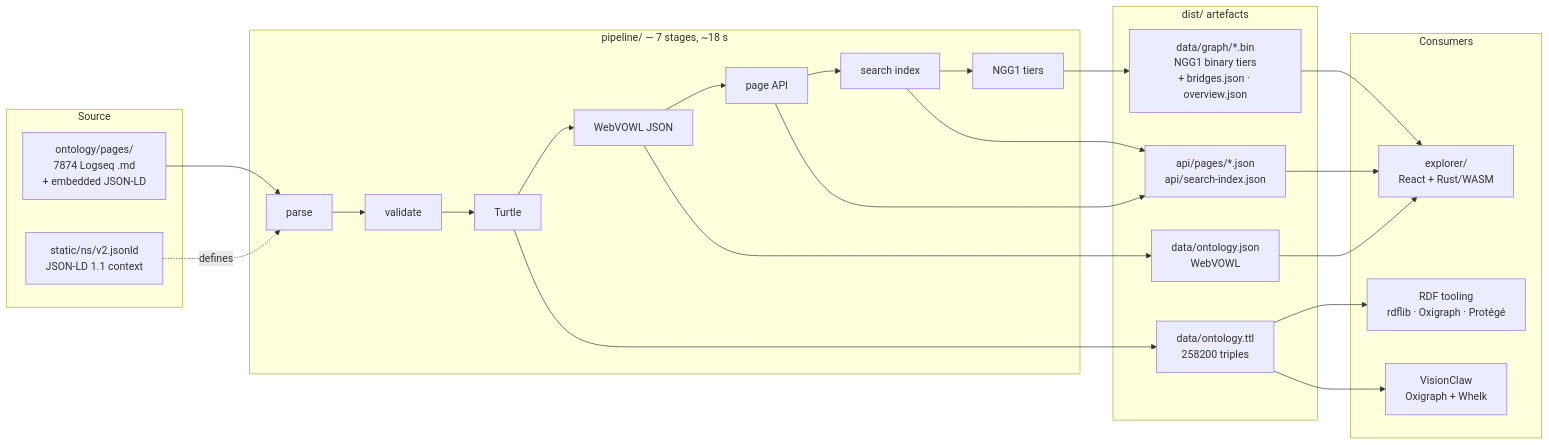
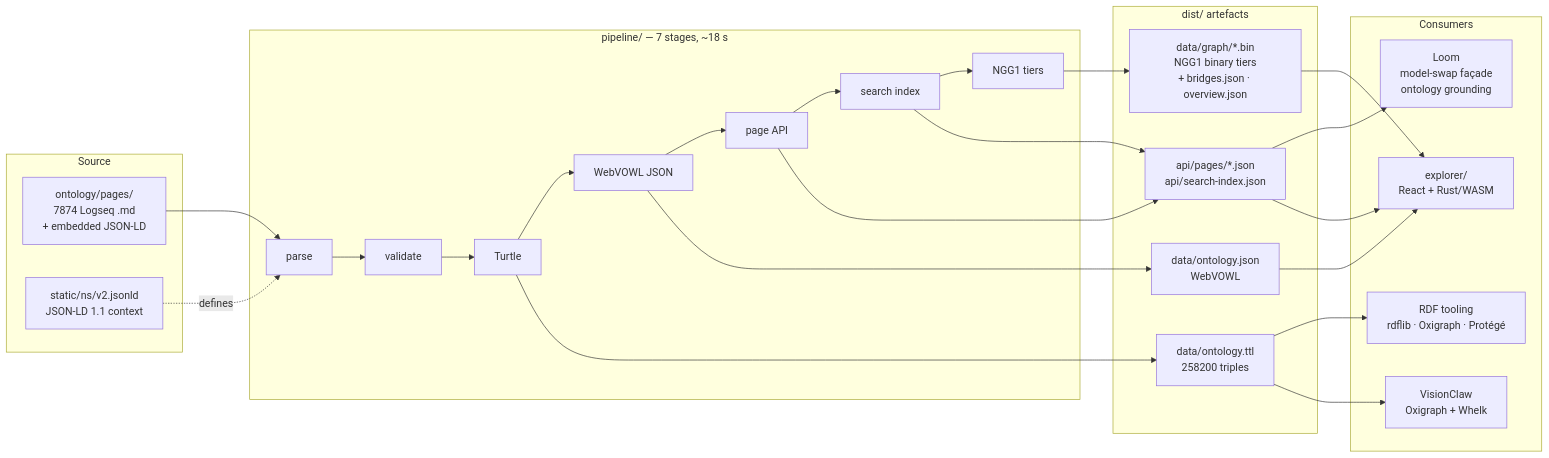
The diagram in README.md (DreamLab-AI/knowledgeGraph), drawn with Mermaid before and after one commit. The commit also changed other lines of this file, not shown here.

First line of the commit message:
docs(readme): add Loom as the serving sibling (reciprocal link)

````diff
--- a/README.md
+++ b/README.md
@@ -147,39 +150,41 @@
 ```mermaid
 flowchart LR
     subgraph source["Source"]
         md["ontology/pages/<br/>7874 Logseq .md<br/>+ embedded JSON-LD"]
         ctx["static/ns/v2.jsonld<br/>JSON-LD 1.1 context"]
     end
 
     subgraph pipe["pipeline/ — 7 stages, ~18 s"]
         p1["parse"] --> p2["validate"] --> p3["Turtle"]
         p3 --> p4["WebVOWL JSON"] --> p5["page API"]
         p5 --> p6["search index"] --> p7["NGG1 tiers"]
     end
 
     subgraph art["dist/ artefacts"]
         ttl["data/ontology.ttl<br/>258200 triples"]
         vowl["data/ontology.json<br/>WebVOWL"]
         bin["data/graph/*.bin<br/>NGG1 binary tiers<br/>+ bridges.json · overview.json"]
         api["api/pages/*.json<br/>api/search-index.json"]
     end
 
     subgraph cons["Consumers"]
         rdf["RDF tooling<br/>rdflib · Oxigraph · Protégé"]
         exp["explorer/<br/>React + Rust/WASM"]
         vc["VisionClaw<br/>Oxigraph + Whelk"]
+        loom["Loom<br/>model-swap façade<br/>ontology grounding"]
     end
 
     md --> p1
     ctx -.defines.-> p1
     p3 --> ttl
     p4 --> vowl
     p7 --> bin
     p5 --> api
     p6 --> api
     ttl --> rdf
     ttl --> vc
+    api --> loom
     bin --> exp
     api --> exp
     vowl --> exp
 ```
````
